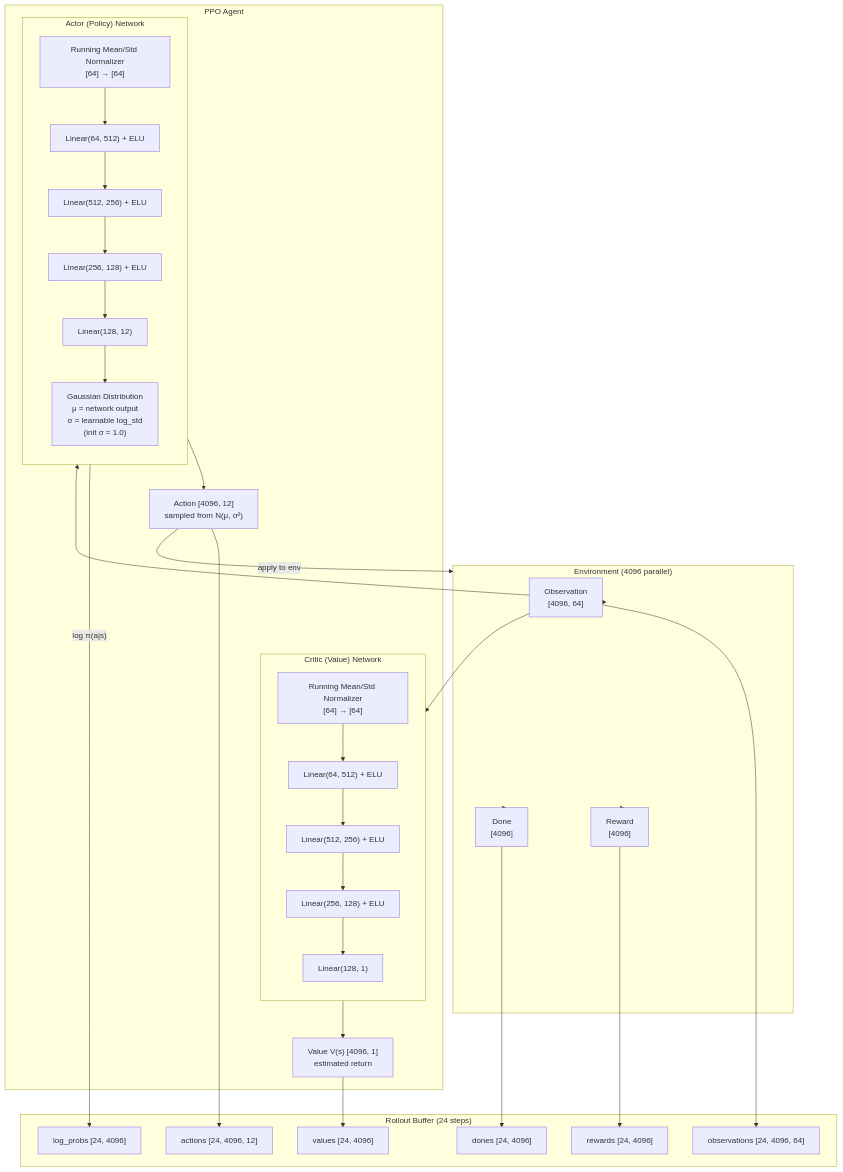
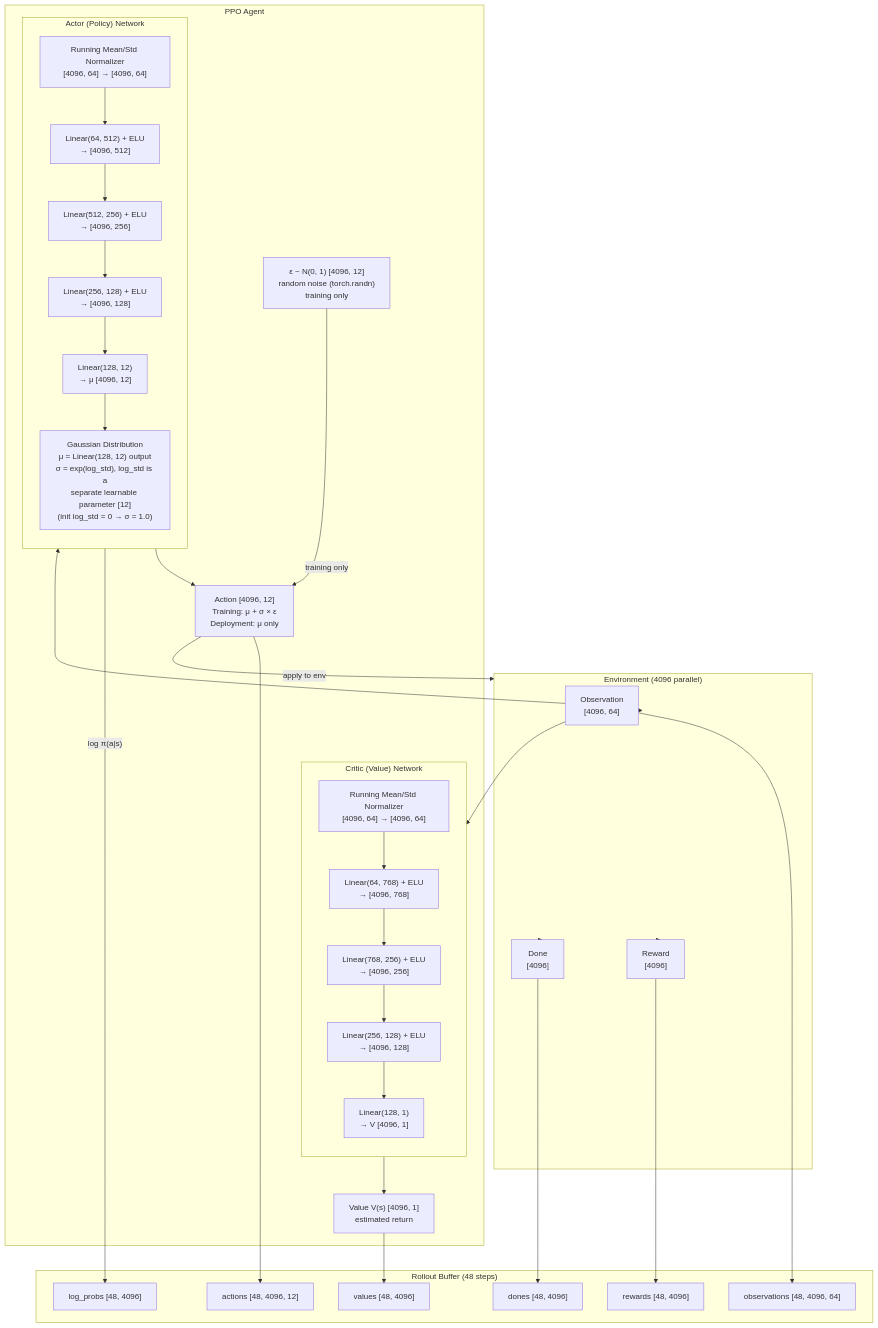
One commit to armmarov/armrobot changed the first of 9 diagrams in docs/PPO_NETWORK.md. Above: the diagram before and after it, drawn with Mermaid. The commit also changed other lines of this file and 8 other files, not shown here.

````diff
--- a/docs/PPO_NETWORK.md
+++ b/docs/PPO_NETWORK.md
@@ -5,60 +5,62 @@
 ```mermaid
 flowchart TB
     subgraph ENV["Environment (4096 parallel)"]
         OBS["Observation<br/>[4096, 64]"]
         REW["Reward<br/>[4096]"]
         DONE["Done<br/>[4096]"]
     end
 
     subgraph AGENT["PPO Agent"]
         subgraph ACTOR["Actor (Policy) Network"]
             direction TB
-            A_NORM["Running Mean/Std Normalizer<br/>[64] → [64]"]
-            A_L1["Linear(64, 512) + ELU"]
-            A_L2["Linear(512, 256) + ELU"]
-            A_L3["Linear(256, 128) + ELU"]
-            A_OUT["Linear(128, 12)"]
-            A_DIST["Gaussian Distribution<br/>μ = network output<br/>σ = learnable log_std<br/>(init σ = 1.0)"]
+            A_NORM["Running Mean/Std Normalizer<br/>[4096, 64] → [4096, 64]"]
+            A_L1["Linear(64, 512) + ELU<br/>→ [4096, 512]"]
+            A_L2["Linear(512, 256) + ELU<br/>→ [4096, 256]"]
+            A_L3["Linear(256, 128) + ELU<br/>→ [4096, 128]"]
+            A_OUT["Linear(128, 12)<br/>→ μ [4096, 12]"]
+            A_DIST["Gaussian Distribution<br/>μ = Linear(128, 12) output<br/>σ = exp(log_std), log_std is a<br/>separate learnable parameter [12]<br/>(init log_std = 0 → σ = 1.0)"]
             A_NORM --> A_L1 --> A_L2 --> A_L3 --> A_OUT --> A_DIST
         end
 
         subgraph CRITIC["Critic (Value) Network"]
             direction TB
-            C_NORM["Running Mean/Std Normalizer<br/>[64] → [64]"]
-            C_L1["Linear(64, 512) + ELU"]
-            C_L2["Linear(512, 256) + ELU"]
-            C_L3["Linear(256, 128) + ELU"]
-            C_OUT["Linear(128, 1)"]
+            C_NORM["Running Mean/Std Normalizer<br/>[4096, 64] → [4096, 64]"]
+            C_L1["Linear(64, 768) + ELU<br/>→ [4096, 768]"]
+            C_L2["Linear(768, 256) + ELU<br/>→ [4096, 256]"]
+            C_L3["Linear(256, 128) + ELU<br/>→ [4096, 128]"]
+            C_OUT["Linear(128, 1)<br/>→ V [4096, 1]"]
             C_NORM --> C_L1 --> C_L2 --> C_L3 --> C_OUT
         end
 
-        ACTION["Action [4096, 12]<br/>sampled from N(μ, σ²)"]
+        EPSILON["ε ~ N(0, 1) [4096, 12]<br/>random noise (torch.randn)<br/>training only"]
+        ACTION["Action [4096, 12]<br/>Training: μ + σ × ε<br/>Deployment: μ only"]
         VALUE["Value V(s) [4096, 1]<br/>estimated return"]
 
         A_DIST --> ACTION
+        EPSILON -->|"training only"| ACTION
         C_OUT --> VALUE
     end
 
     OBS --> A_NORM
     OBS --> C_NORM
     ACTION -->|"apply to env"| ENV
     ENV --> OBS
     ENV --> REW
     ENV --> DONE
 
-    subgraph BUFFER["Rollout Buffer (24 steps)"]
-        BUF_OBS["observations [24, 4096, 64]"]
-        BUF_ACT["actions [24, 4096, 12]"]
-        BUF_REW["rewards [24, 4096]"]
-        BUF_VAL["values [24, 4096]"]
-        BUF_LOG["log_probs [24, 4096]"]
-        BUF_DONE["dones [24, 4096]"]
+    subgraph BUFFER["Rollout Buffer (48 steps)"]
+        BUF_OBS["observations [48, 4096, 64]"]
+        BUF_ACT["actions [48, 4096, 12]"]
+        BUF_REW["rewards [48, 4096]"]
+        BUF_VAL["values [48, 4096]"]
+        BUF_LOG["log_probs [48, 4096]"]
+        BUF_DONE["dones [48, 4096]"]
     end
 
     OBS --> BUF_OBS
     ACTION --> BUF_ACT
     REW --> BUF_REW
     VALUE --> BUF_VAL
     A_DIST -->|"log π(a|s)"| BUF_LOG
     DONE --> BUF_DONE
 ```
````
